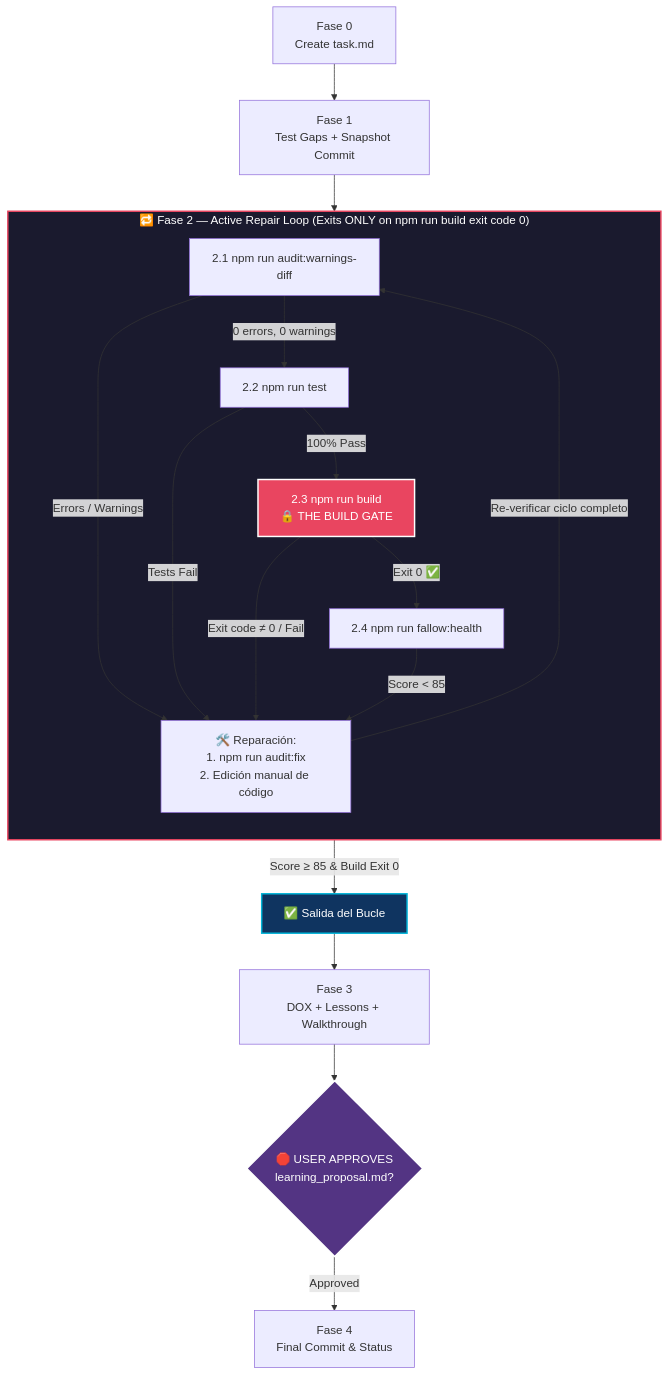
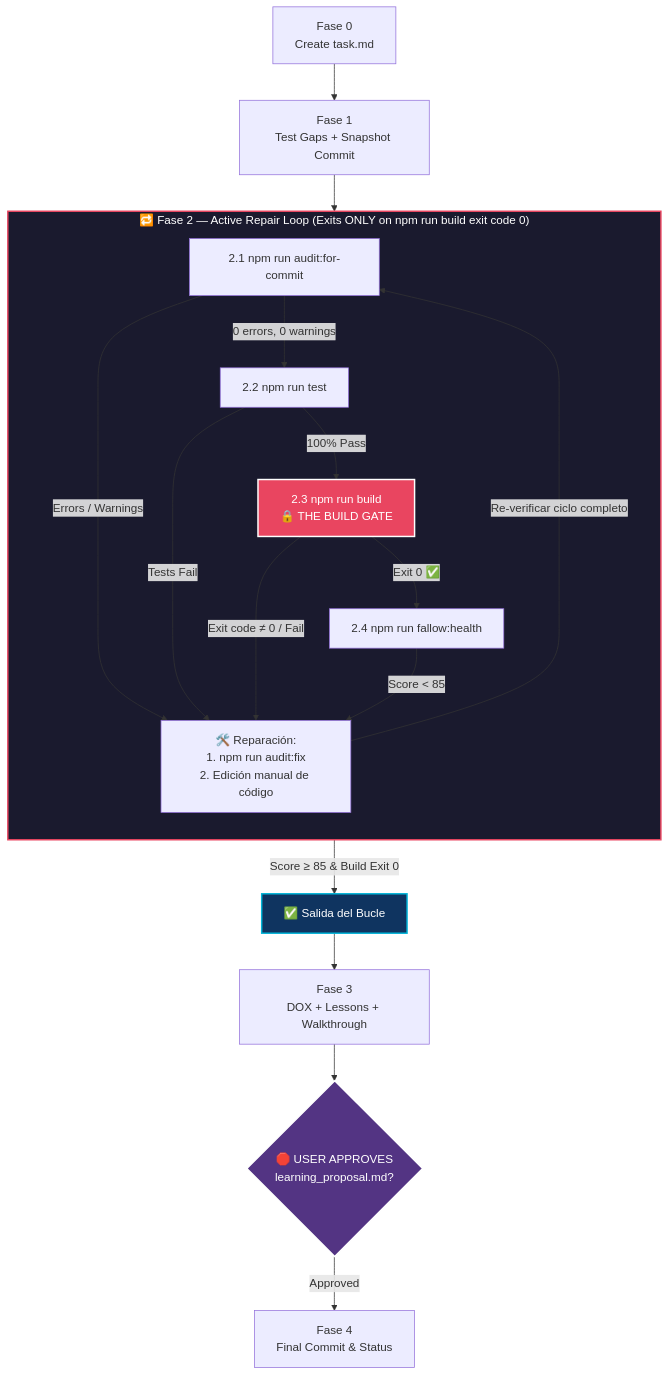
One commit to Darkham77/PokeBorrador changed the diagram in .agents/skills/safe-commit/SKILL.md. Above: the diagram before and after it, drawn with Mermaid. The commit also changed other lines of this file and 19 other files, not shown here.

First line of the commit message:
fix(events): prevent invalid uuid syntax in competition entries and rename audit:for-commit

````diff
--- a/.agents/skills/safe-commit/SKILL.md
+++ b/.agents/skills/safe-commit/SKILL.md
@@ -32,30 +32,30 @@
 ```mermaid
 graph TD
     A0[Fase 0\nCreate task.md] --> A1
     A1[Fase 1\nTest Gaps + Snapshot Commit] --> LOOP
 
     subgraph LOOP ["🔁 Fase 2 — Active Repair Loop (Exits ONLY on npm run build exit code 0)"]
         direction TB
-        C1[2.1 npm run audit:warnings-diff] -->|Errors / Warnings| REPAIR[🛠️ Reparación:\n1. npm run audit:fix\n2. Edición manual de código]
+        C1[2.1 npm run audit:for-commit] -->|Errors / Warnings| REPAIR[🛠️ Reparación:\n1. npm run audit:fix\n2. Edición manual de código]
         C1 -->|0 errors, 0 warnings| C2[2.2 npm run test]
         
         C2 -->|Tests Fail| REPAIR
         C2 -->|100% Pass| C3[2.3 npm run build\n🔒 THE BUILD GATE]
         
         C3 -->|Exit code ≠ 0 / Fail| REPAIR
         C3 -->|Exit 0 ✅| C4[2.4 npm run fallow:health]
         
         C4 -->|Score < 85| REPAIR
         REPAIR -->|Re-verificar ciclo completo| C1
     end
 
     C4 -->|Score ≥ 85 & Build Exit 0| EXIT_GATE[✅ Salida del Bucle]
     EXIT_GATE --> A3[Fase 3\nDOX + Lessons + Walkthrough]
     A3 --> STOP1{🛑 USER APPROVES\nlearning_proposal.md?}
     STOP1 -->|Approved| A4[Fase 4\nFinal Commit & Status]
 
     style LOOP fill:#1a1a2e,stroke:#e94560,stroke-width:2px,color:#fff
     style C3 fill:#e94560,stroke:#fff,stroke-width:2px,color:#fff
     style EXIT_GATE fill:#0f3460,stroke:#00b4d8,stroke-width:2px,color:#fff
     style STOP1 fill:#533483,stroke:#fff,stroke-width:2px,color:#fff
 ```
````
